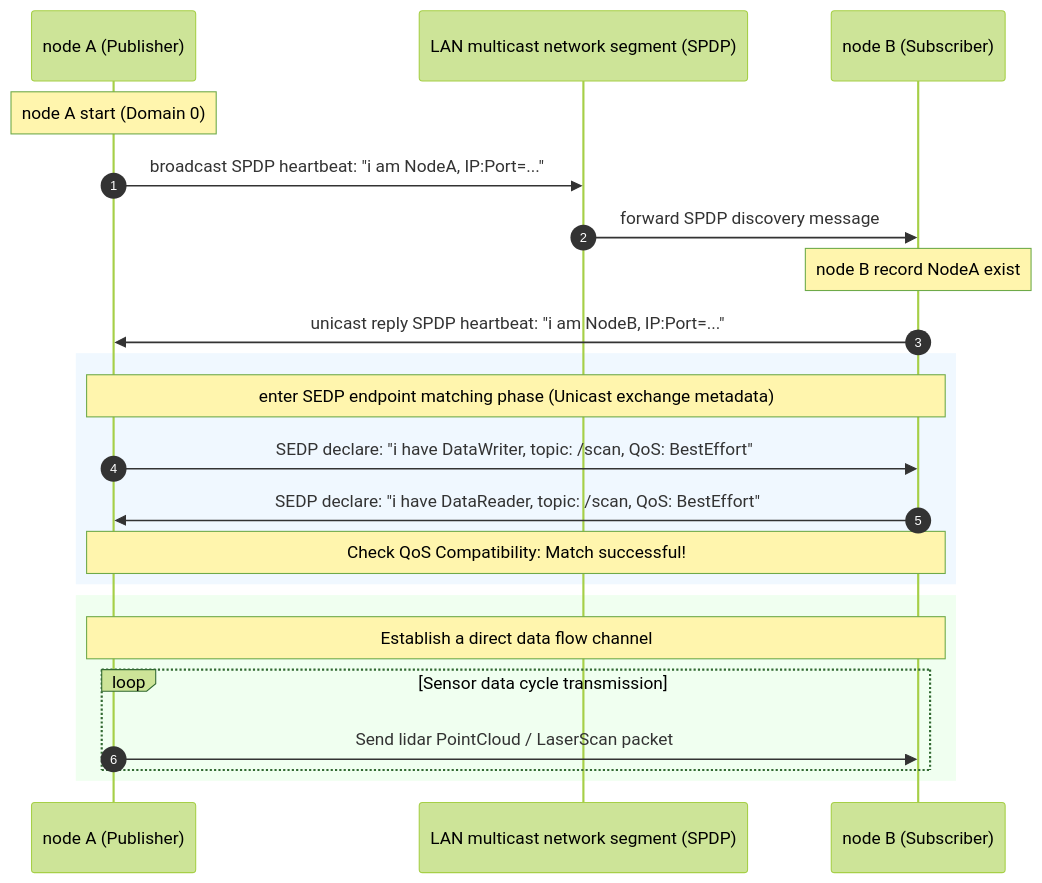
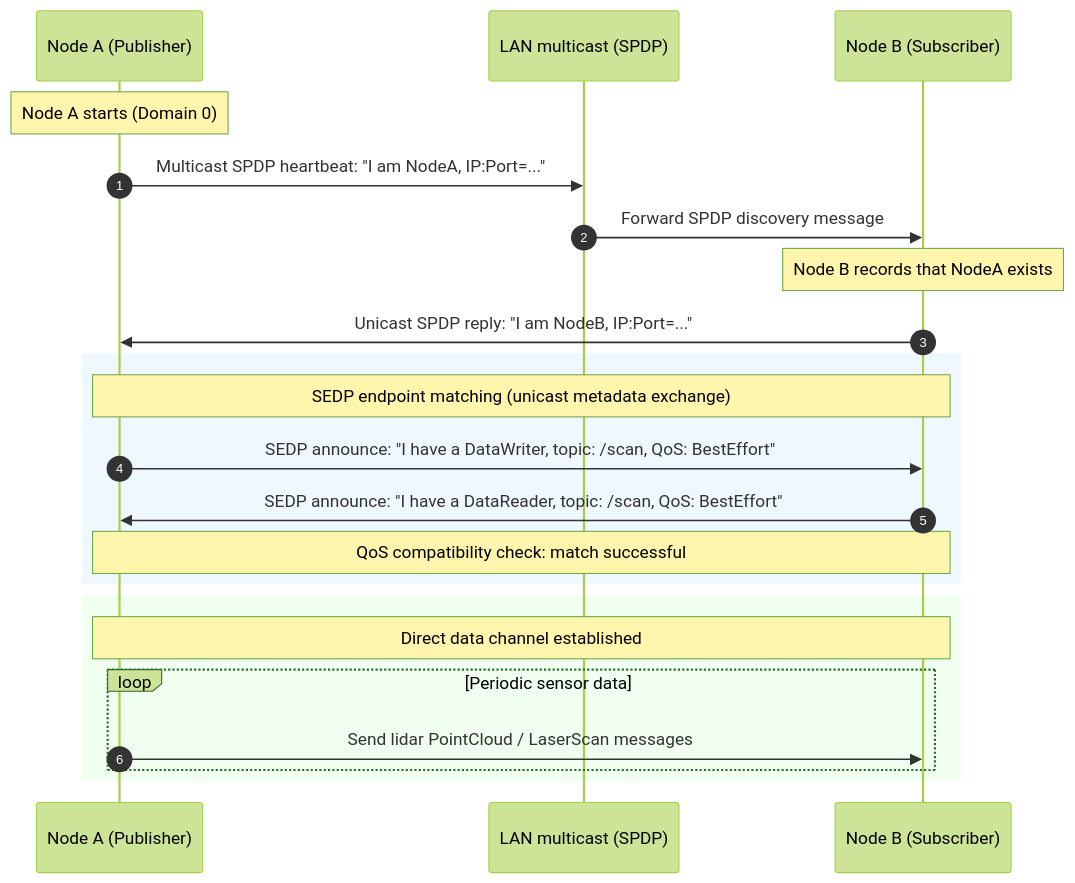
One commit to TingdeLiu/tingdeliu.github.io changed the fourth of 21 diagrams in _translations/en/research/ROS2-Survey.md. Above: the diagram before and after it, drawn with Mermaid (forest theme). The commit also changed other lines of this file and 51 other files, not shown here.

````diff
--- a/_translations/en/research/ROS2-Survey.md
+++ b/_translations/en/research/ROS2-Survey.md
@@ -204,27 +204,27 @@
 ```mermaid
 sequenceDiagram
     autonumber
-    participant A as node A (Publisher)
-    participant Multicast as LAN multicast network segment (SPDP)
-    participant B as node B (Subscriber)
+    participant A as Node A (Publisher)
+    participant Multicast as LAN multicast (SPDP)
+    participant B as Node B (Subscriber)
 
-    Note over A: node A start (Domain 0)
-    A->>Multicast: broadcast SPDP heartbeat: "i am NodeA, IP:Port=..."
-    Multicast->>B: forward SPDP discovery message
-    Note over B: node B record NodeA exist
-    B->>A: unicast reply SPDP heartbeat: "i am NodeB, IP:Port=..."
+    Note over A: Node A starts (Domain 0)
+    A->>Multicast: Multicast SPDP heartbeat: "I am NodeA, IP:Port=..."
+    Multicast->>B: Forward SPDP discovery message
+    Note over B: Node B records that NodeA exists
+    B->>A: Unicast SPDP reply: "I am NodeB, IP:Port=..."
 
     rect rgb(240, 248, 255)
-        Note over A,B: enter SEDP endpoint matching phase (Unicast exchange metadata)
-        A->>B: SEDP declare: "i have DataWriter, topic: /scan, QoS: BestEffort"
-        B->>A: SEDP declare: "i have DataReader, topic: /scan, QoS: BestEffort"
-        Note over A,B: Check QoS Compatibility: Match successful!
+        Note over A,B: SEDP endpoint matching (unicast metadata exchange)
+        A->>B: SEDP announce: "I have a DataWriter, topic: /scan, QoS: BestEffort"
+        B->>A: SEDP announce: "I have a DataReader, topic: /scan, QoS: BestEffort"
+        Note over A,B: QoS compatibility check: match successful
     end
 
     rect rgb(240, 255, 240)
-        Note over A,B: Establish a direct data flow channel
-        loop Sensor data cycle transmission
-            A->>B: Send lidar PointCloud / LaserScan packet
+        Note over A,B: Direct data channel established
+        loop Periodic sensor data
+            A->>B: Send lidar PointCloud / LaserScan messages
         end
     end
 ```
````
